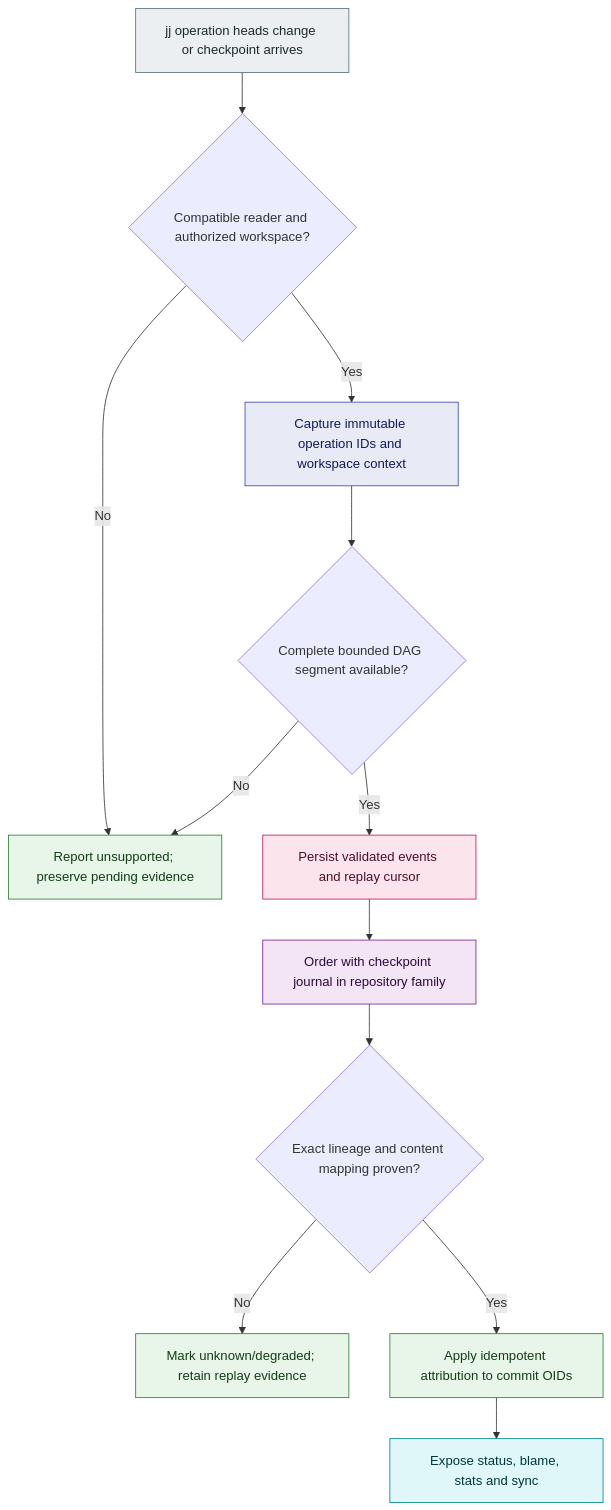
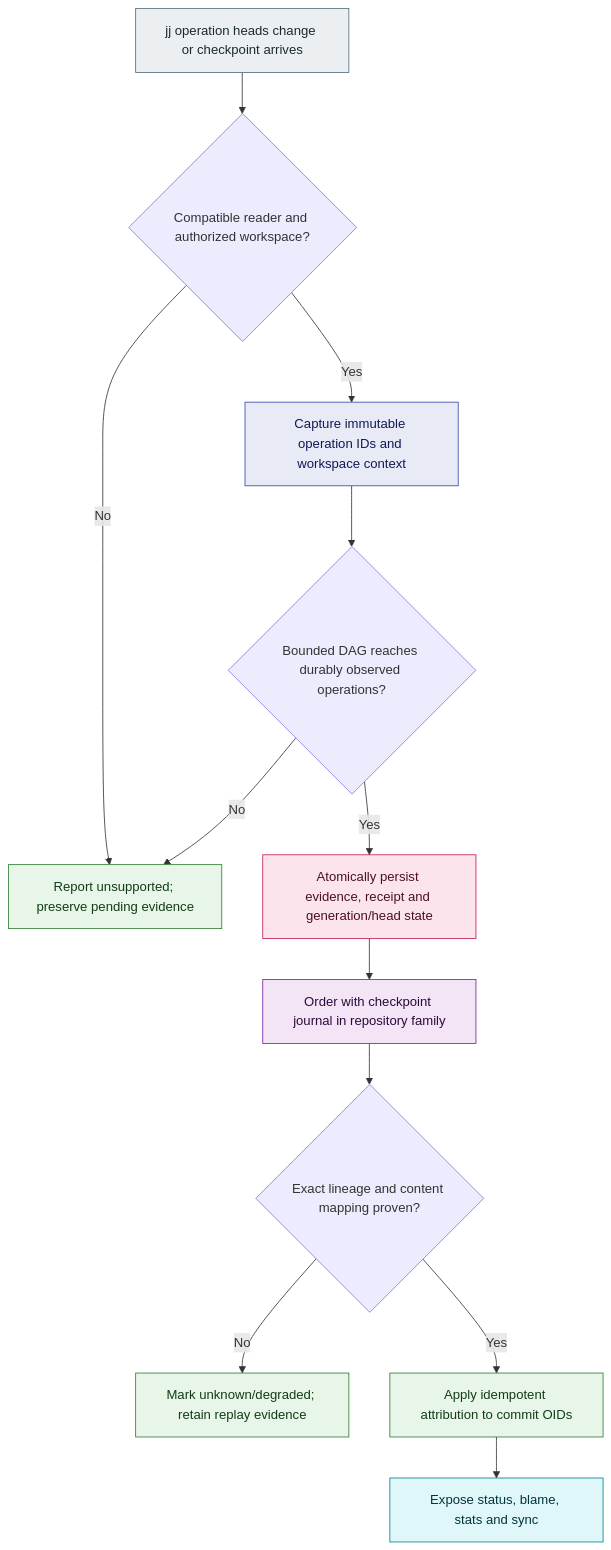
The second of 2 diagrams in docs/decisions/2026-09-07-jj-support-design.md (woud420/git-ai), drawn with Mermaid before and after one commit. The commit also changed other lines of this file and 14 other files, not shown here.

First line of the commit message:
feat: persist bounded jj observation batches atomically (ENG-415)

````diff
--- a/docs/decisions/2026-09-07-jj-support-design.md
+++ b/docs/decisions/2026-09-07-jj-support-design.md
@@ -207,20 +210,20 @@
 ```mermaid
 flowchart TD
     S["jj operation heads change or checkpoint arrives"]:::external --> V{"Compatible reader and authorized workspace?"}
     V -- No --> D["Report unsupported; preserve pending evidence"]:::service
     V -- Yes --> I["Capture immutable operation IDs and workspace context"]:::job
-    I --> B{"Complete bounded DAG segment available?"}
+    I --> B{"Bounded DAG reaches durably observed operations?"}
     B -- No --> D
-    B -- Yes --> P["Persist validated events and replay cursor"]:::storage
+    B -- Yes --> P["Atomically persist evidence, receipt and generation/head state"]:::storage
     P --> Q["Order with checkpoint journal in repository family"]:::queue
     Q --> M{"Exact lineage and content mapping proven?"}
     M -- No --> U["Mark unknown/degraded; retain replay evidence"]:::service
     M -- Yes --> A["Apply idempotent attribution to commit OIDs"]:::service
     A --> R["Expose status, blame, stats and sync"]:::ui
     classDef ui fill:#E0F7FA,stroke:#00838F,color:#00363A
     classDef service fill:#E8F5E9,stroke:#2E7D32,color:#123D16
     classDef queue fill:#F3E5F5,stroke:#7B1FA2,color:#2D0A3D
     classDef job fill:#E8EAF6,stroke:#3949AB,color:#111A55
     classDef storage fill:#FCE4EC,stroke:#C2185B,color:#4A1028
     classDef external fill:#ECEFF1,stroke:#546E7A,color:#1C2A30
 ```
````
